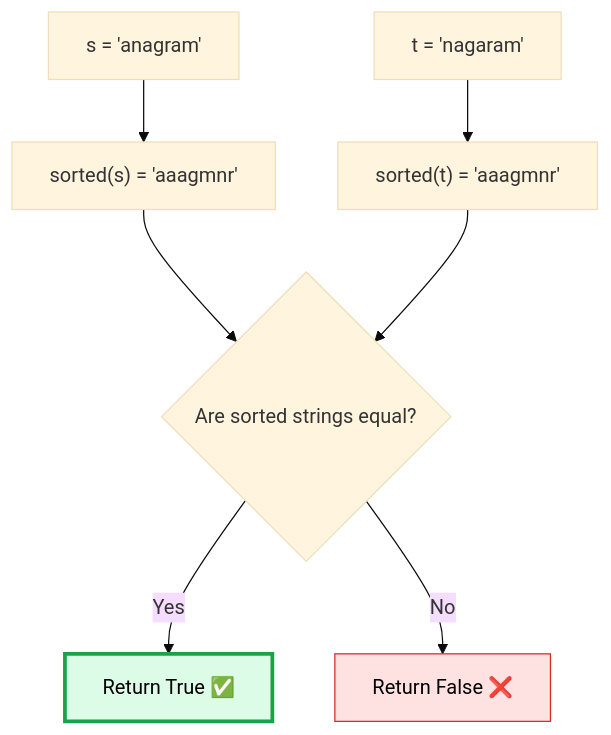
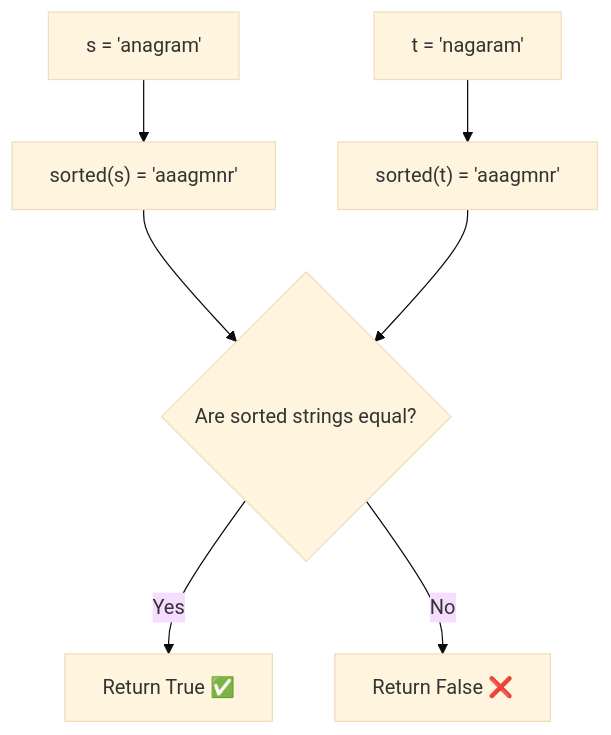
The fifth of 15 diagrams in 03 - Valid Anagram/README.md (M-F-Tushar/LeetCode-Problem-Solving), drawn with Mermaid (base theme) before and after one commit. The commit also changed other lines of this file and 6 other files, not shown here.

Commit message:
added 06 - Is Subsequence, 07 - Longest Consecutive Sequence

````diff
--- a/03 - Valid Anagram/README.md
+++ b/03 - Valid Anagram/README.md
@@ -149,14 +149,12 @@
 ```mermaid
 flowchart TD
     S["s = 'anagram'"] --> SS["sorted(s) = 'aaagmnr'"]
     T["t = 'nagaram'"] --> ST["sorted(t) = 'aaagmnr'"]
 
     SS --> Cmp{"Are sorted strings equal?"}
     ST --> Cmp
 
     Cmp -- Yes --> True["Return True ✅"]
     Cmp -- No  --> False["Return False ❌"]
 
-    style True fill:#dcfce7,stroke:#16a34a,stroke-width:3px,color:#000000
-    style False fill:#fee2e2,stroke:#dc2626,color:#000000
 ```
````
